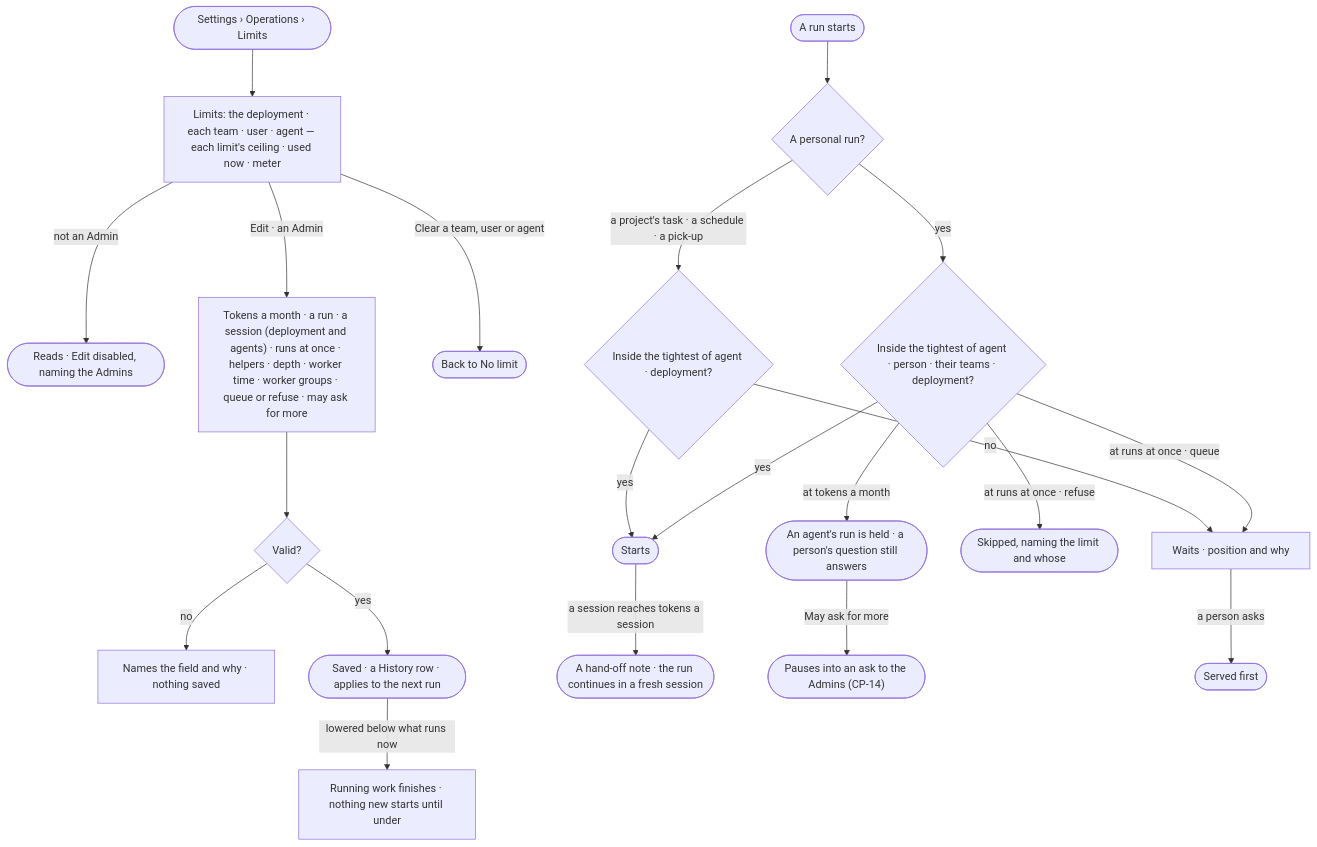
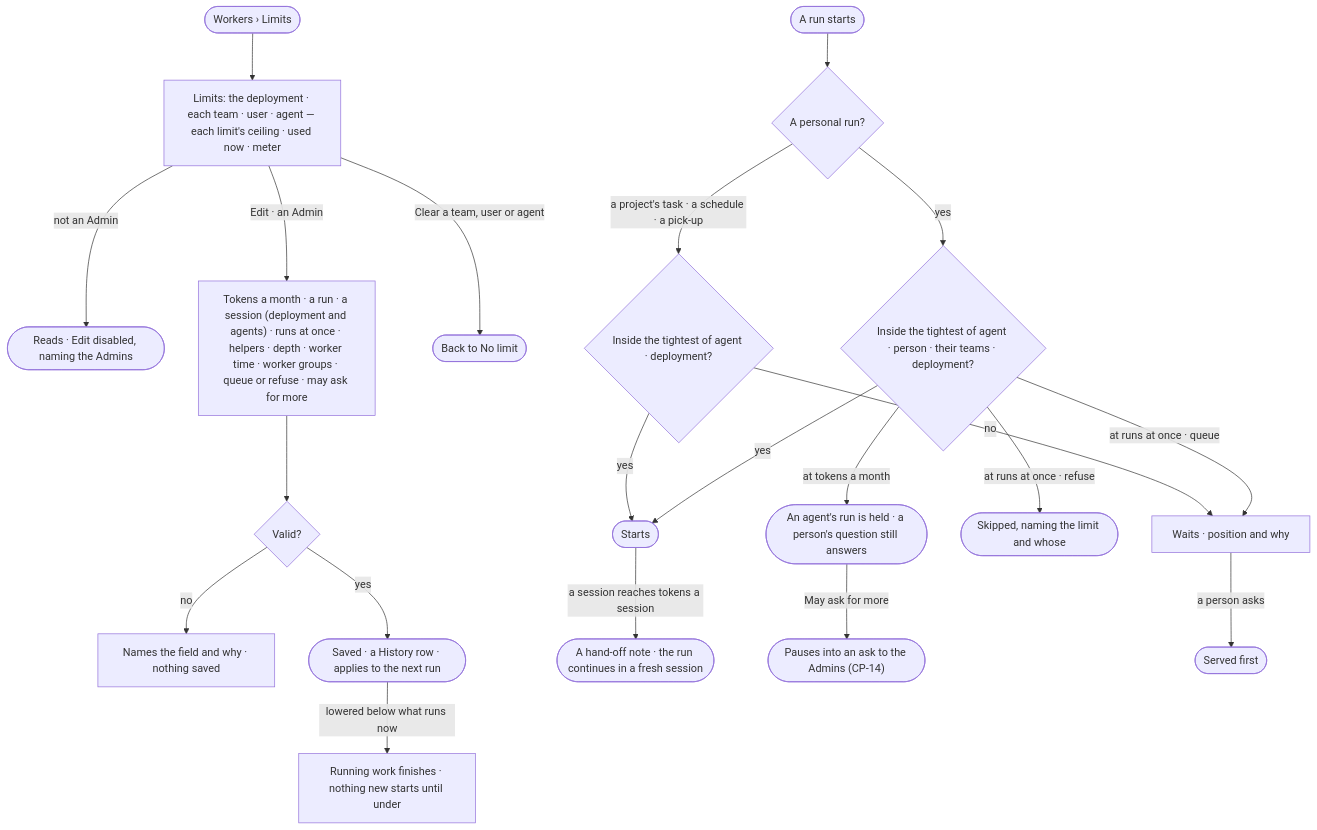
One commit to invana/invana changed the diagram in specs/os/control/features/CP-F04-limits/stories/CP-11-set-limits-for-the-deployment-a-team-a-user-or-an-agent/story.md. Above: the diagram before and after it, drawn with Mermaid. The commit also changed 133 other files, not shown here.

````diff
--- a/specs/os/control/features/CP-F04-limits/stories/CP-11-set-limits-for-the-deployment-a-team-a-user-or-an-agent/story.md
+++ b/specs/os/control/features/CP-F04-limits/stories/CP-11-set-limits-for-the-deployment-a-team-a-user-or-an-agent/story.md
@@ -27,23 +27,23 @@
 ```mermaid
 flowchart TD
-  s([Settings › Operations › Limits]) --> t["Limits: the deployment · each team · user · agent — each limit's ceiling · used now · meter"]
+  s([Workers › Limits]) --> t["Limits: the deployment · each team · user · agent — each limit's ceiling · used now · meter"]
   t -->|not an Admin| ro(["Reads · Edit disabled, naming the Admins"])
   t -->|Edit · an Admin| e["Tokens a month · a run · a session (deployment and agents) · runs at once · helpers · depth · worker time · worker groups · queue or refuse · may ask for more"]
   e --> v{"Valid?"}
   v -->|no| vf["Names the field and why · nothing saved"]
   v -->|yes| sv(["Saved · a History row · applies to the next run"])
   sv -->|lowered below what runs now| lo["Running work finishes · nothing new starts until under"]
   t -->|Clear a team, user or agent| cl(["Back to No limit"])
   run([A run starts]) --> pr{"A personal run?"}
   pr -->|yes| b{"Inside the tightest of agent · person · their teams · deployment?"}
   pr -->|a project's task · a schedule · a pick-up| b2{"Inside the tightest of agent · deployment?"}
   b2 -->|yes| go
   b2 -->|no| q
   go -->|a session reaches tokens a session| ct(["A hand-off note · the run continues in a fresh session"])
   b -->|yes| go(["Starts"])
   b -->|at runs at once · queue| q["Waits · position and why"]
   b -->|at runs at once · refuse| r(["Skipped, naming the limit and whose"])
   b -->|at tokens a month| h(["An agent's run is held · a person's question still answers"])
   h -->|May ask for more| ask(["Pauses into an ask to the Admins (CP-14)"])
   q -->|a person asks| p(["Served first"])
 ```
````
